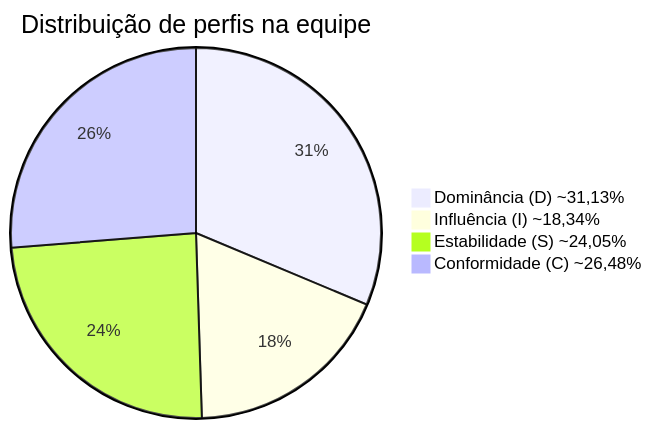
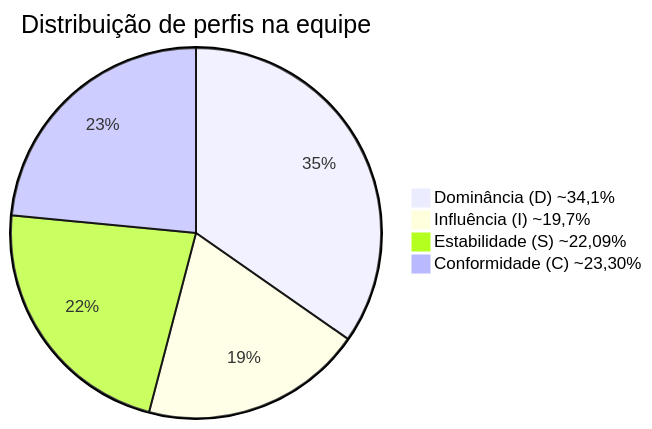
Before and after one commit to sofialctv/watchman-documentation: the diagram in docs/disc/perfil-time.md, drawn with Mermaid. The commit also changed other lines of this file and 2 other files, not shown here.

````diff
--- a/docs/disc/perfil-time.md
+++ b/docs/disc/perfil-time.md
@@ -79,7 +26,7 @@
 ```mermaid
 pie title Distribuição de perfis na equipe
-         "Dominância (D) ~31,13%" : 31
-         "Influência (I) ~18,34%" : 18
-         "Estabilidade (S) ~24,05%" : 24
-         "Conformidade (C) ~26,48%" : 26
+         "Dominância (D) ~34,1%" : 34
+         "Influência (I) ~19,7%" : 19
+         "Estabilidade (S) ~22,09%" : 22
+         "Conformidade (C) ~23,30%" : 23
 ```
````
